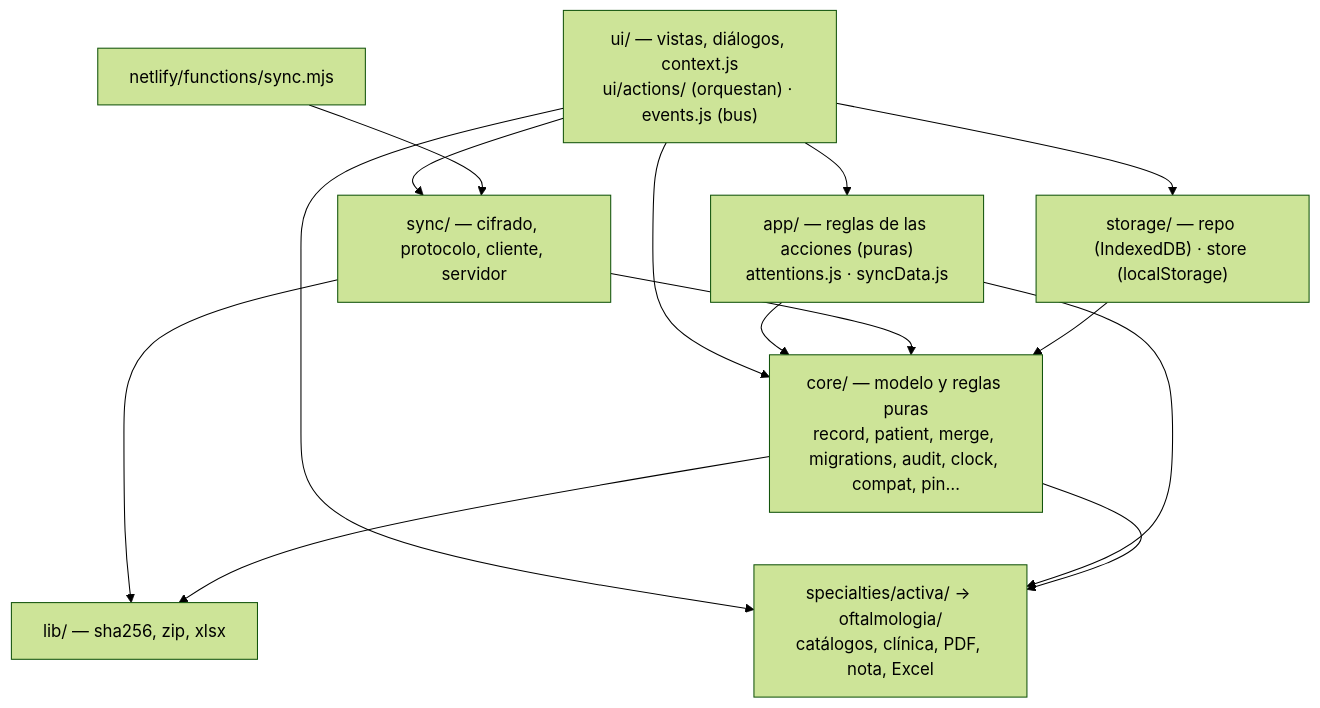
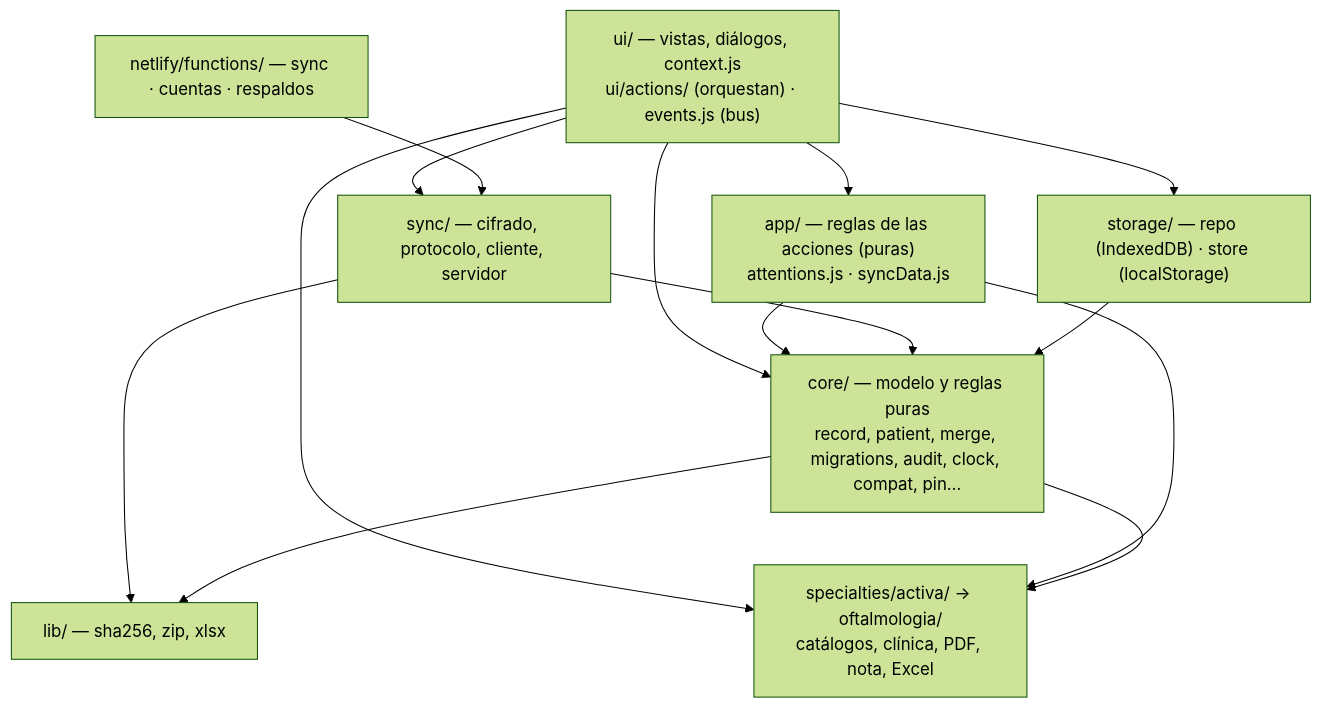
One commit to DanielOpazoD/rondahhroftalmologia changed the diagram in docs/ARQUITECTURA.md. Above: the diagram before and after it, drawn with Mermaid (forest theme). The commit also changed other lines of this file and 19 other files, not shown here.

````diff
--- a/docs/ARQUITECTURA.md
+++ b/docs/ARQUITECTURA.md
@@ -16,17 +16,17 @@
 ```mermaid
 flowchart TD
   UI["ui/ — vistas, diálogos, context.js<br/>ui/actions/ (orquestan) · events.js (bus)"]
   APP["app/ — reglas de las acciones (puras)<br/>attentions.js · syncData.js"]
   SYNC["sync/ — cifrado, protocolo, cliente, servidor"]
   CORE["core/ — modelo y reglas puras<br/>record, patient, merge, migrations, audit, clock, compat, pin…"]
   SPEC["specialties/activa/ → oftalmologia/<br/>catálogos, clínica, PDF, nota, Excel"]
   STORE["storage/ — repo (IndexedDB) · store (localStorage)"]
   LIB["lib/ — sha256, zip, xlsx"]
-  FN["netlify/functions/sync.mjs"]
+  FN["netlify/functions/ — sync · cuentas · respaldos"]
   UI --> APP & SYNC & CORE & SPEC & STORE
   APP --> CORE & SPEC
   SYNC --> CORE & LIB
   CORE --> LIB & SPEC
   STORE --> CORE
   FN --> SYNC
 ```
````
